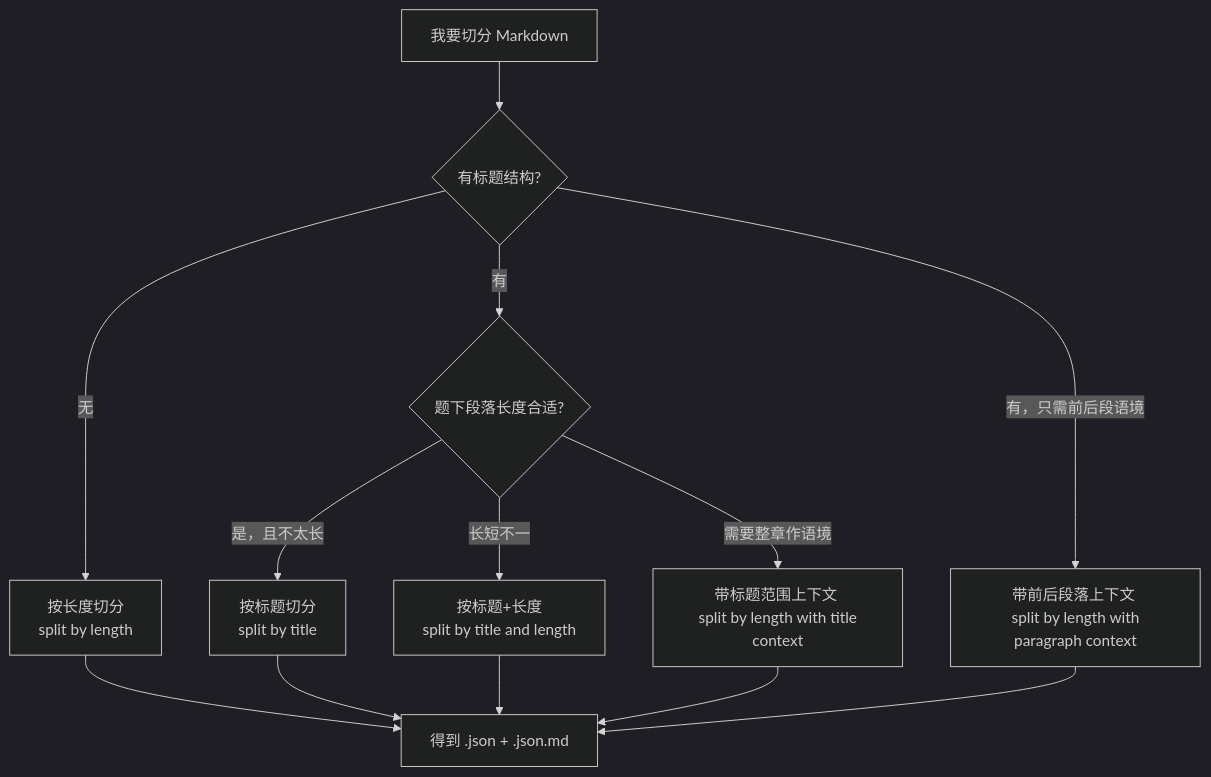
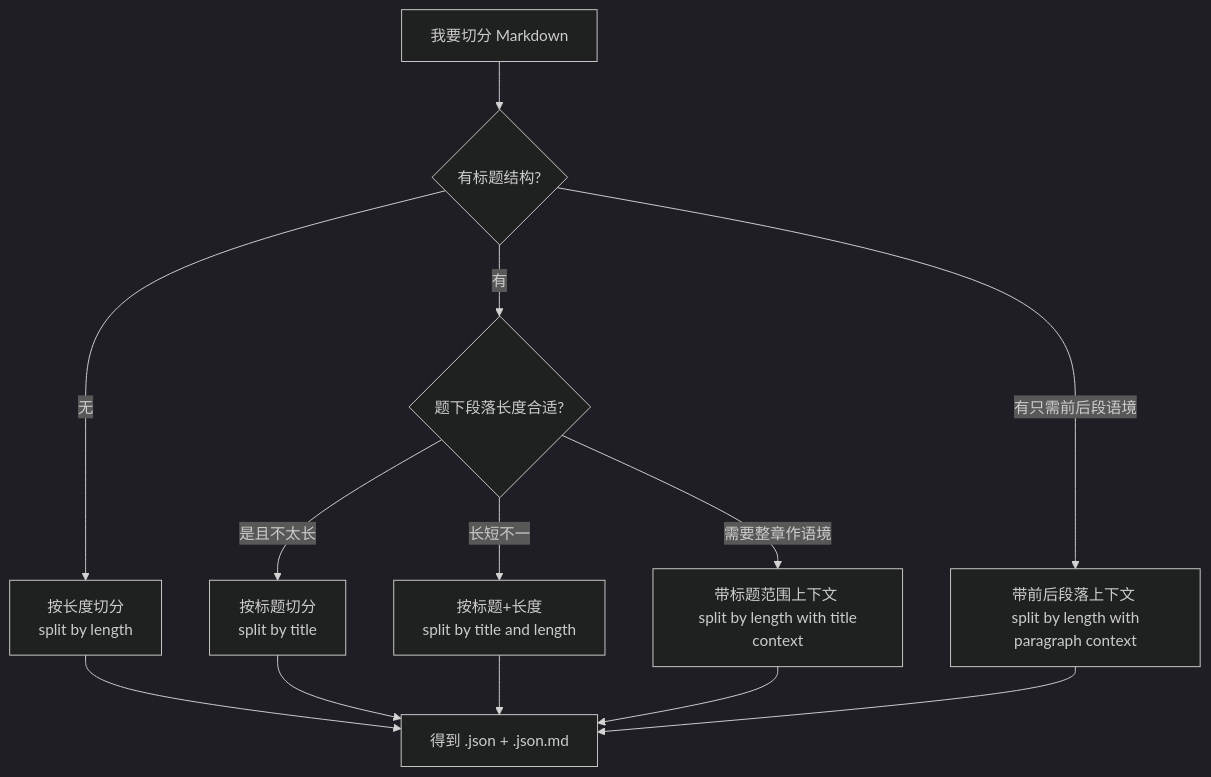
The third of 5 diagrams in docs/commands-cheatsheet.md (Fusyong/ai-proofread-vscode-extension), drawn with Mermaid (dark theme) before and after one commit. The commit also changed 1 other file, not shown here.

Commit message:
repair mermaid

````diff
--- a/docs/commands-cheatsheet.md
+++ b/docs/commands-cheatsheet.md
@@ -190,16 +190,16 @@
 ```mermaid
 flowchart TD
     Start["我要切分 Markdown"] --> Q1{"有标题结构?"}
     Q1 -->|无| ByLen["按长度切分 <br> split by length"]
     Q1 -->|有| Q2{"题下段落长度合适?"}
-    Q2 -->|是，且不太长| ByTitle["按标题切分 <br> split by title"]
+    Q2 -->|是且不太长| ByTitle["按标题切分 <br> split by title"]
     Q2 -->|长短不一| ByTitleLen["按标题+长度 <br> split by title and length"]
     Q2 -->|需要整章作语境| WithTitleCtx["带标题范围上下文 <br> split by length with title context"]
-    Q1 -->|有，只需前后段语境| WithParaCtx["带前后段落上下文 <br> split by length with paragraph context"]
+    Q1 -->|有只需前后段语境| WithParaCtx["带前后段落上下文 <br> split by length with paragraph context"]
 
     ByLen --> Out["得到 .json + .json.md"]
     ByTitle --> Out
     ByTitleLen --> Out
     WithTitleCtx --> Out
     WithParaCtx --> Out
 ```
````
